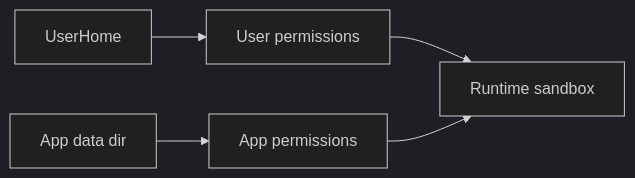
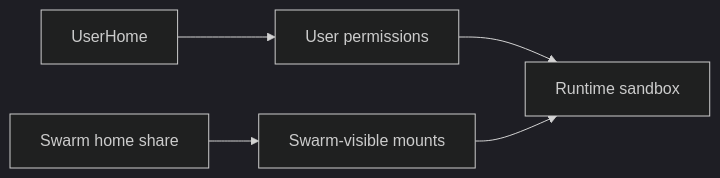
One commit to ex3ndr/daycare changed the second of 3 diagrams in doc/internals/permissions.md. Above: the diagram before and after it, drawn with Mermaid (dark theme). The commit also changed other lines of this file and 134 other files, not shown here.

````diff
--- a/doc/internals/permissions.md
+++ b/doc/internals/permissions.md
@@ -35,7 +35,7 @@
 ```mermaid
 flowchart LR
   U[UserHome] --> UP[User permissions]
-  A[App data dir] --> AP[App permissions]
+  S[Swarm home share] --> SP[Swarm-visible mounts]
   UP --> R[Runtime sandbox]
-  AP --> R
+  SP --> R
 ```
````
